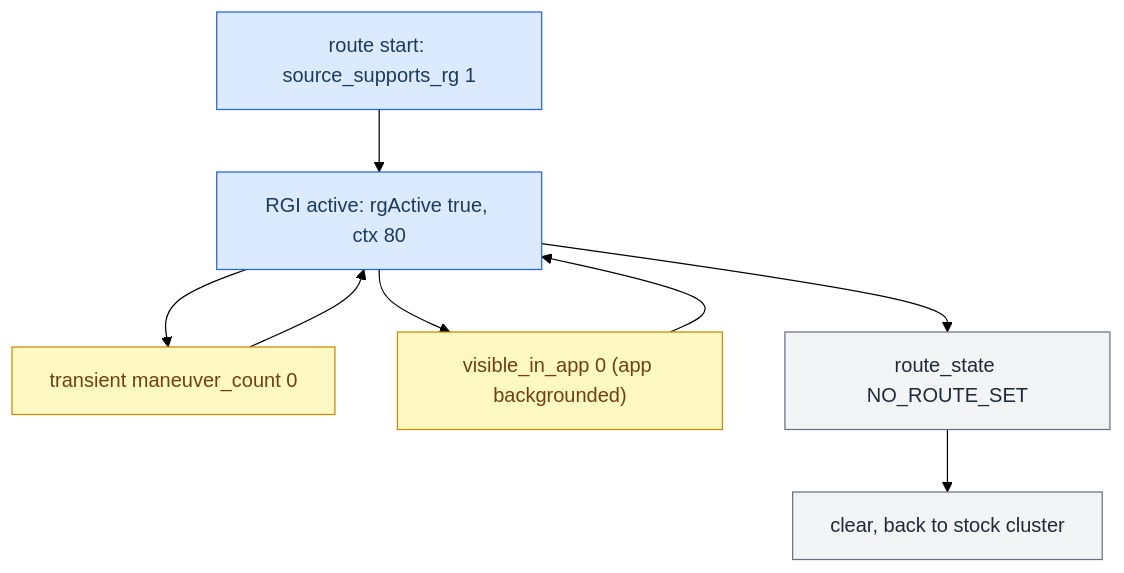
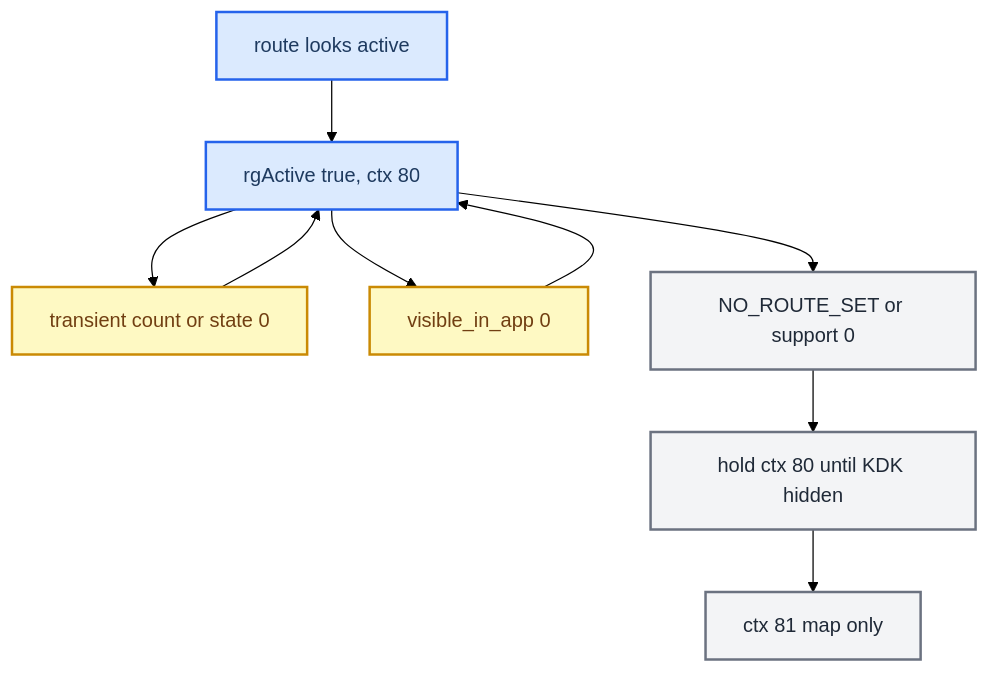
Before and after one commit to luka-dev/mib2q-carplay-rgi: the second of 2 diagrams in docs-obsidian/Cluster and RGI/RGI and BAP Bridge.md, drawn with Mermaid (forest theme). The commit also changed other lines of this file and 43 other files, not shown here.

````diff
--- a/docs-obsidian/Cluster and RGI/RGI and BAP Bridge.md
+++ b/docs-obsidian/Cluster and RGI/RGI and BAP Bridge.md
@@ -79,23 +98,22 @@
 ```mermaid
 flowchart TD
   accTitle: RGI lifecycle
-  accDescr: From route start through active guidance to teardown, gated by source support, route state, and field presence rather than the shown-in-app flag.
-  start["route start: source_supports_rg 1"]
-  active["RGI active: rgActive true, ctx 80"]
-  count0["transient maneuver_count 0"]
-  hidden["visible_in_app 0 (app backgrounded)"]
-  teardown["route_state NO_ROUTE_SET"]
-  stock["clear, back to stock cluster"]
+  accDescr: From route start through active guidance to route end, gated by source support and route state rather than the shown-in-app flag, with ctx 80 held until the VC hides the KDK.
+  start["route looks active"]
+  active["rgActive true, ctx 80"]
+  transient["transient count or state 0"]
+  hidden["visible_in_app 0"]
+  route_end["NO_ROUTE_SET or support 0"]
+  hold["hold ctx 80 until KDK hidden"]
+  map_only["ctx 81 map only"]
   start --> active
-  active --> count0
-  count0 --> active
-  active --> hidden
-  hidden --> active
-  active --> teardown --> stock
+  active --> transient --> active
+  active --> hidden --> active
+  active --> route_end --> hold --> map_only
+  classDef primary fill:#dbeafe,stroke:#2563eb,stroke-width:2px,color:#1e3a5f
+  classDef warning fill:#fef9c3,stroke:#ca8a04,stroke-width:2px,color:#713f12
+  classDef neutral fill:#f3f4f6,stroke:#6b7280,stroke-width:2px,color:#1f2937
   class start,active primary
-  class count0,hidden warning
-  class teardown,stock neutral
-  classDef primary fill:#dbeafe,stroke:#2563eb,color:#1e3a5f
-  classDef warning fill:#fef9c3,stroke:#ca8a04,color:#713f12
-  classDef neutral fill:#f3f4f6,stroke:#6b7280,color:#1f2937
+  class transient,hidden warning
+  class route_end,hold,map_only neutral
 ```
````
